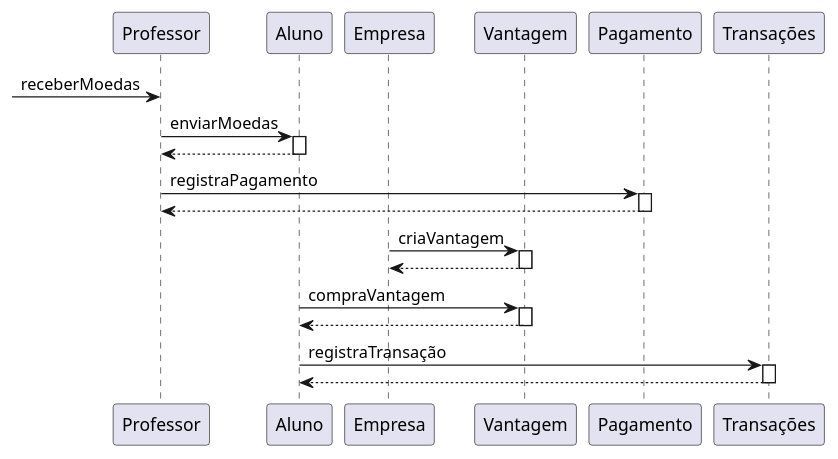
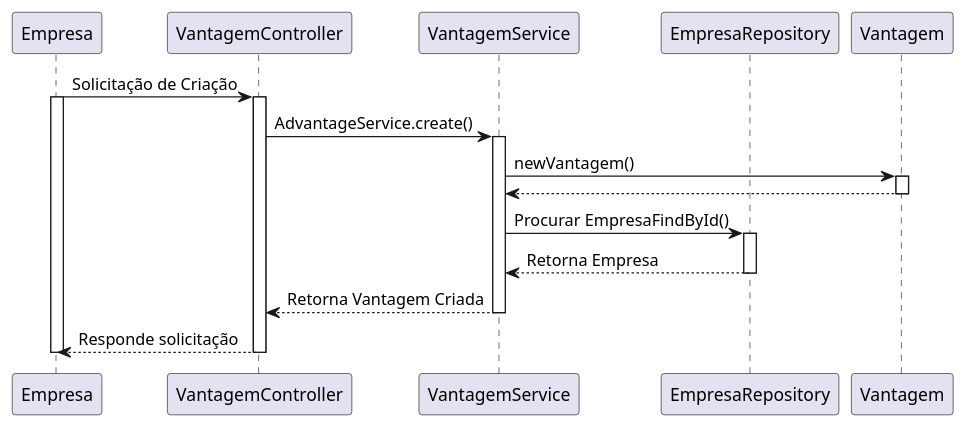
One commit to milenalara/sistema-moeda-estudantil changed the diagram in project/docs/sequenciaCreateVantagem.puml. Above: the diagram before and after it, drawn with PlantUML. The commit also changed 2 other files, not shown here.

Commit message:
Diagramas Sequencia #38 #40 #41

```diff
--- a/project/docs/sequenciaCreateVantagem.puml
+++ b/project/docs/sequenciaCreateVantagem.puml
@@ -1,38 +1,31 @@
 @startuml sequencia
 
-participant Professor as prof
-participant Aluno as alu
 participant Empresa as emp
+participant VantagemController as vanC
+participant VantagemService as vanS
+participant EmpresaRepository as empR
 participant Vantagem as van
-participant Pagamento as pay
-participant Transações as tra
 
-
-->prof: receberMoedas
-
-prof->alu: enviarMoedas
-activate alu
-alu --> prof
-deactivate alu
-
-prof -> pay: registraPagamento
-activate pay
-pay --> prof
-deactivate pay
-
-emp->van: criaVantagem
+emp -> vanC : Solicitação de Criação
+activate emp
+activate vanC
+vanC -> vanS : AdvantageService.create()
+activate vanS
+vanS -> van : newVantagem()
 activate van
-van --> emp
+vanS <-- van
 deactivate van
 
-alu->van: compraVantagem
-activate van
-van --> alu
-deactivate van
+vanS -> empR : Procurar EmpresaFindById()
+activate empR
+vanS <-- empR : Retorna Empresa
+deactivate empR
 
-alu->tra: registraTransação
-activate tra
-tra --> alu
-deactivate tra
+vanC <-- vanS : Retorna Vantagem Criada
+deactivate vanS
+
+emp <-- vanC : Responde solicitação
+deactivate vanC
+deactivate emp
 
 @enduml
```
